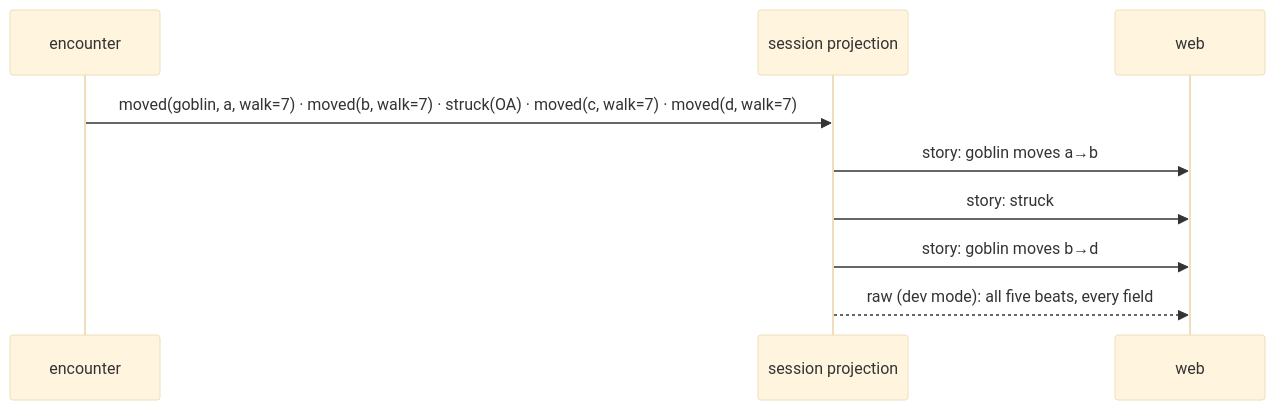
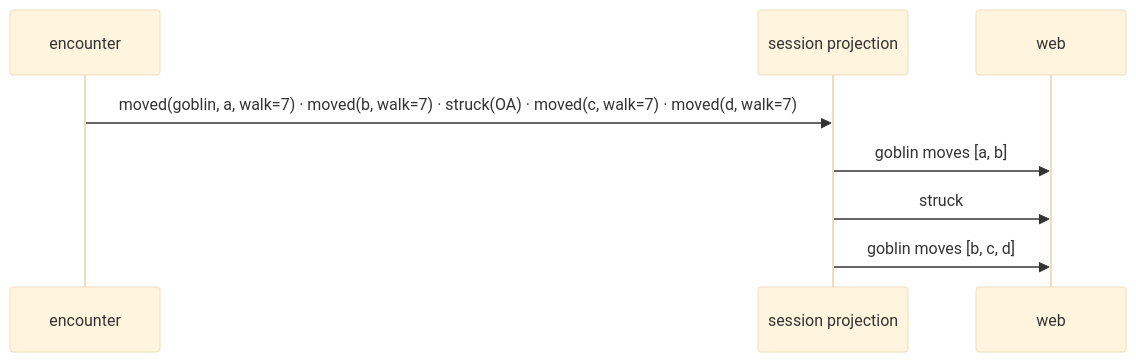
Before and after one commit to KirkDiggler/rpg-project: the second of 2 diagrams in ideas/event-projection/design.md, drawn with Mermaid (base theme). The commit also changed other lines of this file, not shown here.

````diff
--- a/ideas/event-projection/design.md
+++ b/ideas/event-projection/design.md
@@ -33,11 +29,10 @@
 ```mermaid
 sequenceDiagram
     participant E as encounter
     participant P as session projection
     participant W as web
     E->>P: moved(goblin, a, walk=7) · moved(b, walk=7) · struck(OA) · moved(c, walk=7) · moved(d, walk=7)
-    P->>W: story: goblin moves a→b
-    P->>W: story: struck
-    P->>W: story: goblin moves b→d
-    P-->>W: raw (dev mode): all five beats, every field
+    P->>W: goblin moves [a, b]
+    P->>W: struck
+    P->>W: goblin moves [b, c, d]
 ```
````
